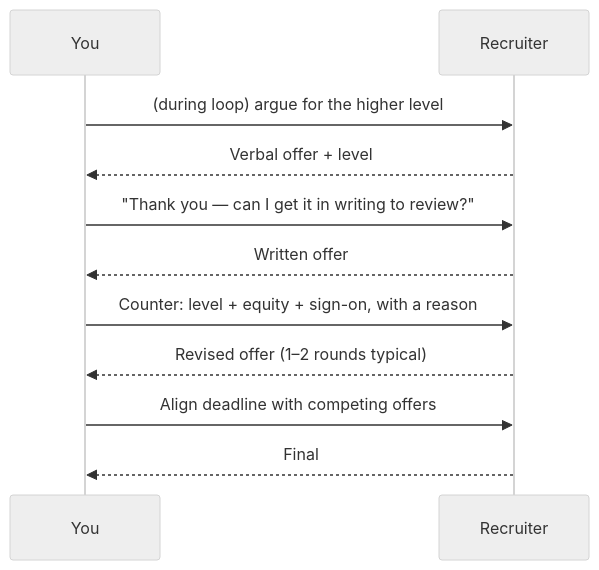
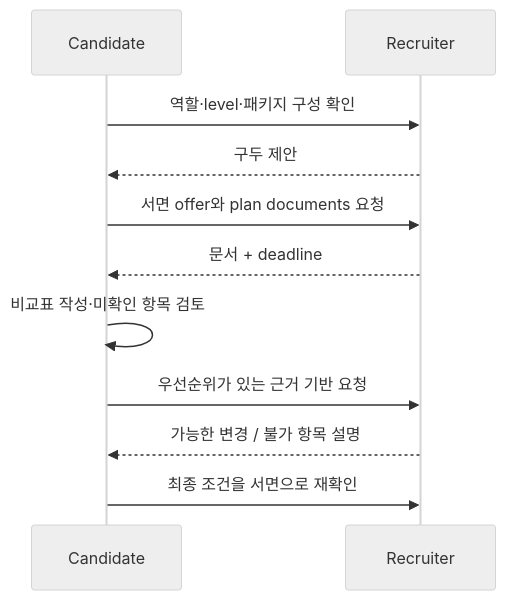
Before and after one commit to beomyoung-kim/ml_study: the second of 2 diagrams in content/process/negotiation.ko.md, drawn with Mermaid (neutral theme). The commit also changed other lines of this file and 209 other files, not shown here.

````diff
--- a/content/process/negotiation.ko.md
+++ b/content/process/negotiation.ko.md
@@ -62,13 +86,13 @@
 ```mermaid
 sequenceDiagram
-  participant Y as You
+  participant C as Candidate
   participant R as Recruiter
-  Y->>R: (during loop) argue for the higher level
-  R-->>Y: Verbal offer + level
-  Y->>R: "Thank you — can I get it in writing to review?"
-  R-->>Y: Written offer
-  Y->>R: Counter: level + equity + sign-on, with a reason
-  R-->>Y: Revised offer (1–2 rounds typical)
-  Y->>R: Align deadline with competing offers
-  R-->>Y: Final
+  C->>R: 역할·level·패키지 구성 확인
+  R-->>C: 구두 제안
+  C->>R: 서면 offer와 plan documents 요청
+  R-->>C: 문서 + deadline
+  C->>C: 비교표 작성·미확인 항목 검토
+  C->>R: 우선순위가 있는 근거 기반 요청
+  R-->>C: 가능한 변경 / 불가 항목 설명
+  C->>R: 최종 조건을 서면으로 재확인
 ```
````
